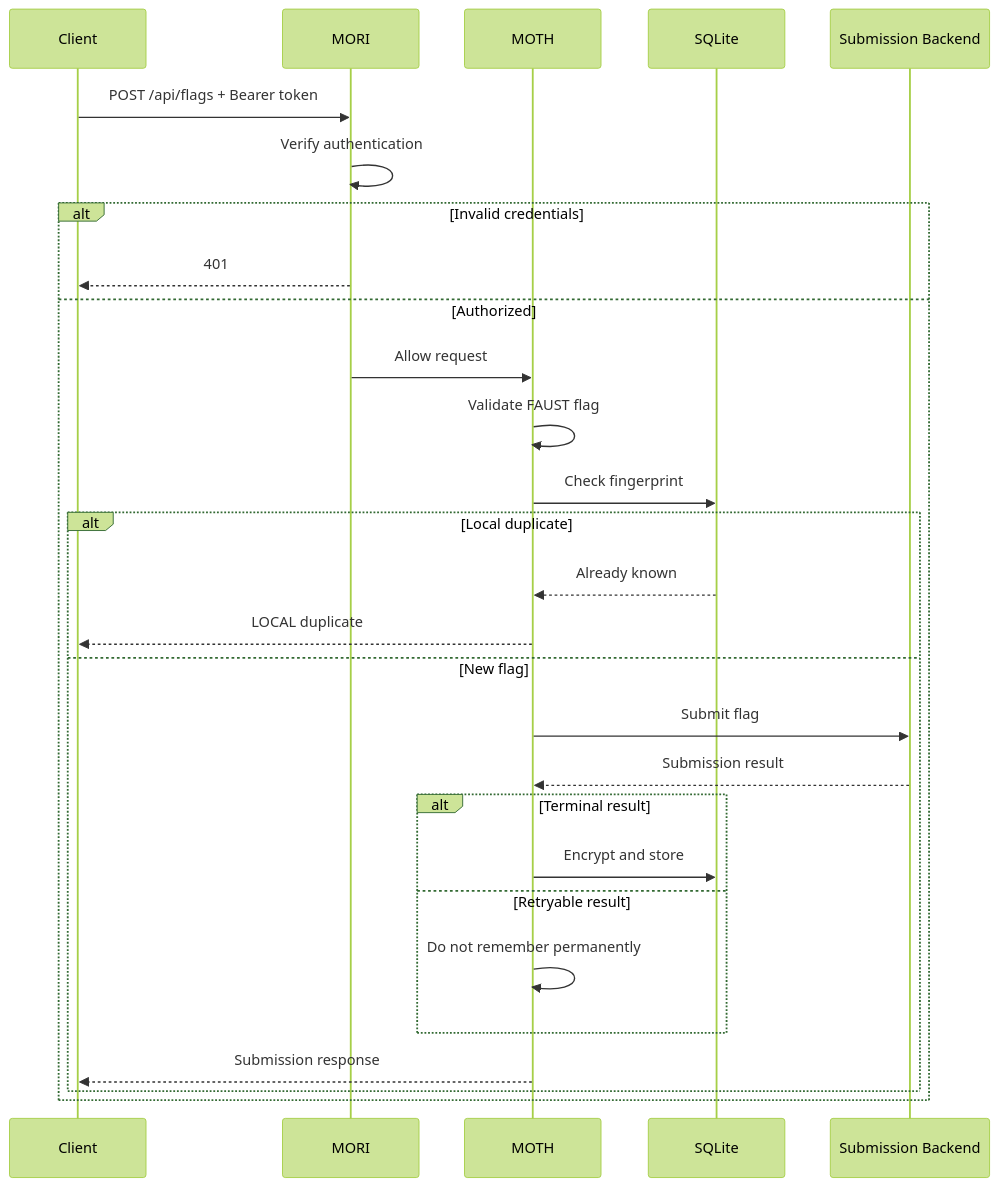
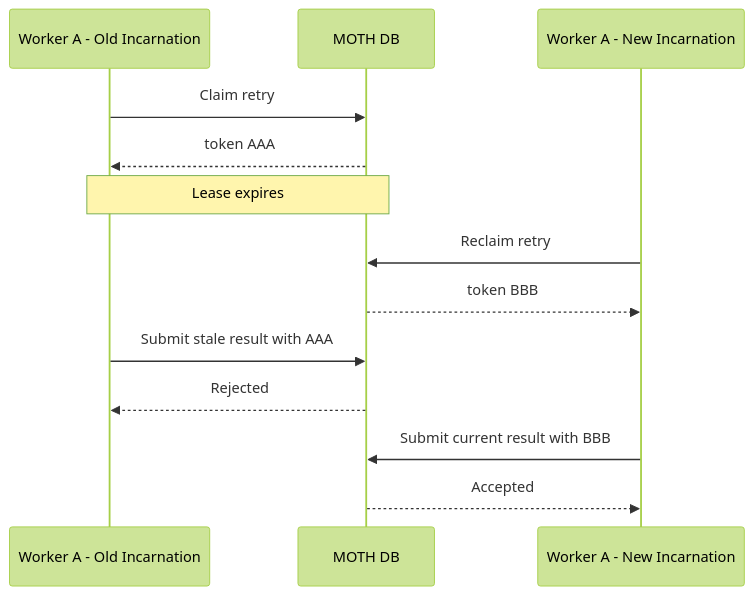
One commit to Denis-Krueger-labs/MOTH changed the fifth of 9 diagrams in README.md. Above: the diagram before and after it, drawn with Mermaid (forest theme). The commit also changed other lines of this file, not shown here.

````diff
--- a/README.md
+++ b/README.md
@@ -129,35 +420,20 @@
 ```mermaid
 sequenceDiagram
-    participant C as Client
-    participant M as MORI
-    participant API as MOTH
-    participant DB as SQLite
-    participant G as Submission Backend
+    participant W1a as Worker A - Old Incarnation
+    participant DB as MOTH DB
+    participant W1b as Worker A - New Incarnation
 
-    C->>M: POST /api/flags + Bearer token
-    M->>M: Verify authentication
+    W1a->>DB: Claim retry
+    DB-->>W1a: token AAA
 
-    alt Invalid credentials
-        M-->>C: 401
-    else Authorized
-        M->>API: Allow request
-        API->>API: Validate FAUST flag
-        API->>DB: Check fingerprint
+    Note over W1a,DB: Lease expires
 
-        alt Local duplicate
-            DB-->>API: Already known
-            API-->>C: LOCAL duplicate
-        else New flag
-            API->>G: Submit flag
-            G-->>API: Submission result
+    W1b->>DB: Reclaim retry
+    DB-->>W1b: token BBB
 
-            alt Terminal result
-                API->>DB: Encrypt and store
-            else Retryable result
-                API->>API: Do not remember permanently
-            end
+    W1a->>DB: Submit stale result with AAA
+    DB-->>W1a: Rejected
 
-            API-->>C: Submission response
-        end
-    end
+    W1b->>DB: Submit current result with BBB
+    DB-->>W1b: Accepted
 ```
````
